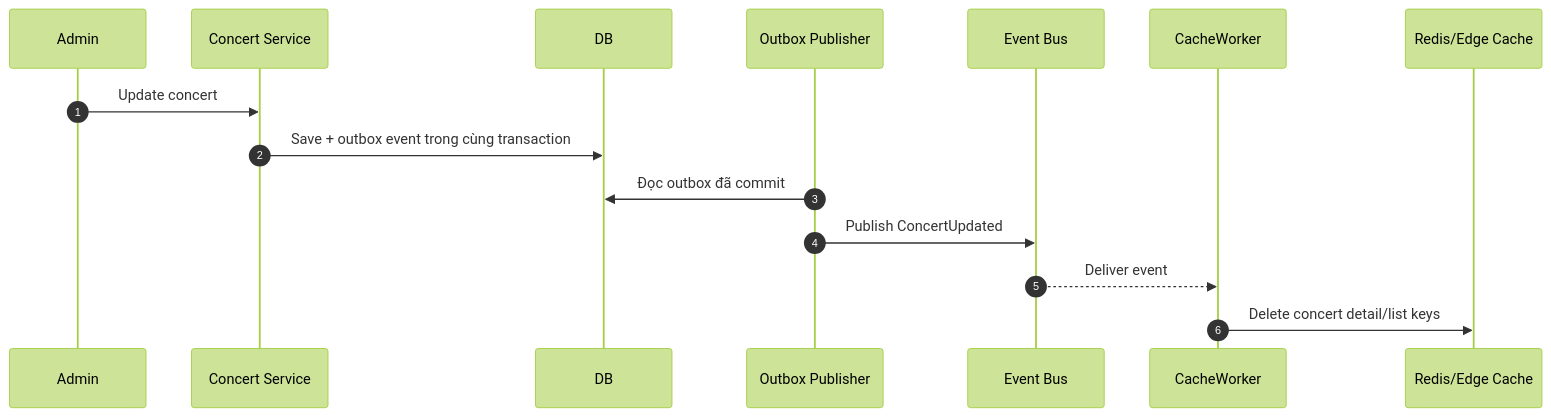
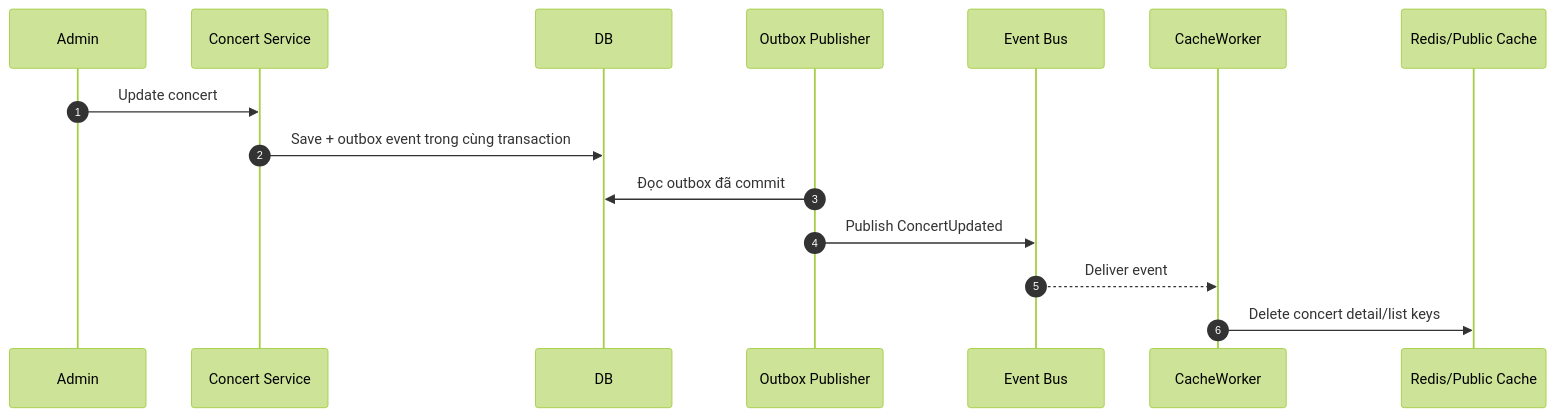
The fifth of 7 diagrams in blueprint/07-protection-mechanisms.md (Toanapr/ticket-box), drawn with Mermaid (forest theme) before and after one commit. The commit also changed other lines of this file and 11 other files, not shown here.

Commit message:
refactor: update system design documentation and architecture diagrams for clarity and accuracy

````diff
--- a/blueprint/07-protection-mechanisms.md
+++ b/blueprint/07-protection-mechanisms.md
@@ -190,18 +190,18 @@
 ```mermaid
 sequenceDiagram
     autonumber
     participant Admin
     participant Concert as Concert Service
     participant DB
     participant Outbox as Outbox Publisher
     participant Bus as Event Bus
     participant CacheWorker
-    participant Cache as Redis/Edge Cache
+    participant Cache as Redis/Public Cache
 
     Admin->>Concert: Update concert
     Concert->>DB: Save + outbox event trong cùng transaction
     Outbox->>DB: Đọc outbox đã commit
     Outbox->>Bus: Publish ConcertUpdated
     Bus-->>CacheWorker: Deliver event
     CacheWorker->>Cache: Delete concert detail/list keys
 ```
````
